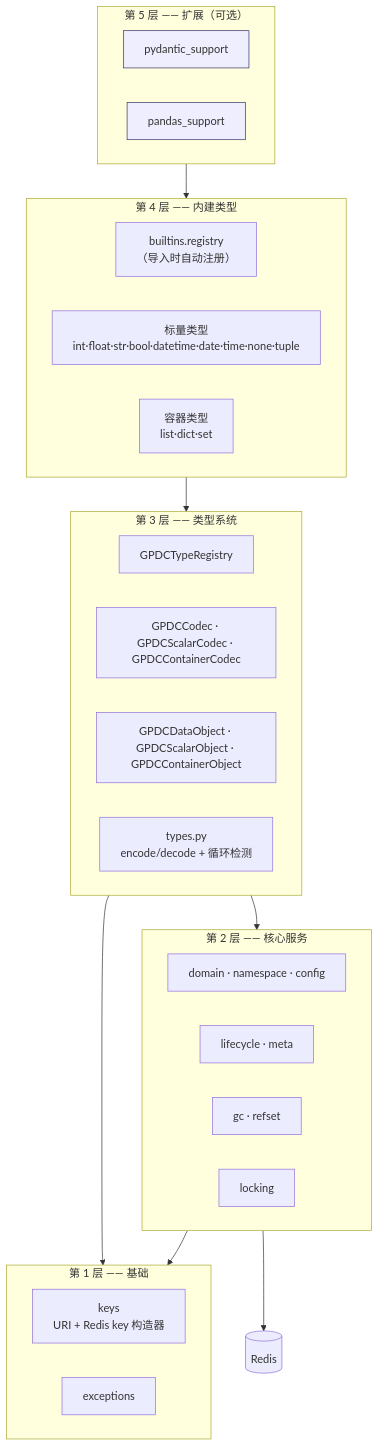
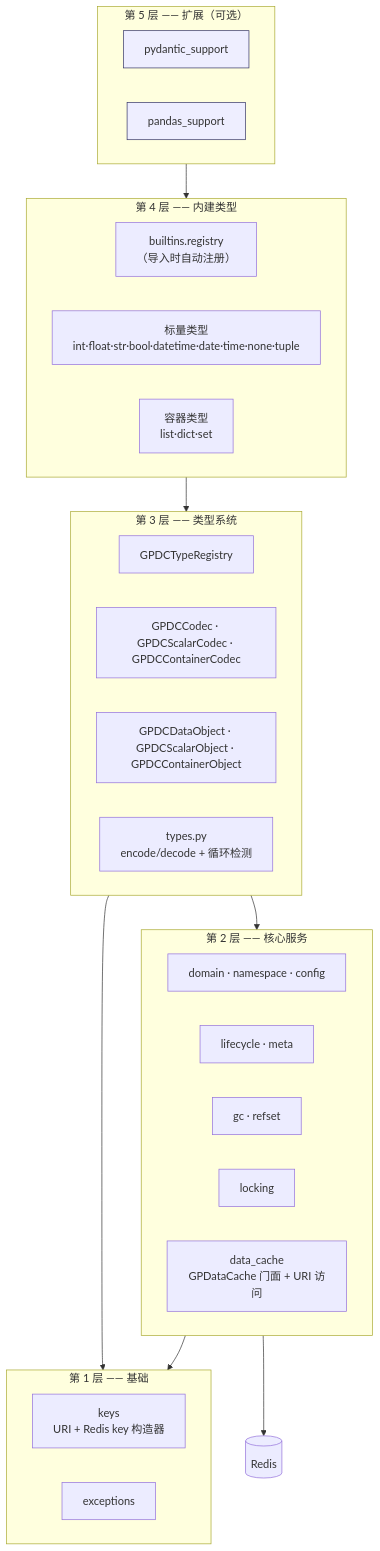
The first of 4 diagrams in docs/zh/overview.md (LinnetCodes/gpdatacached), drawn with Mermaid before and after one commit. The commit also changed other lines of this file and 17 other files, not shown here.

First line of the commit message:
docs: document GPDataCache/URI access; polish data_cache internals

````diff
--- a/docs/zh/overview.md
+++ b/docs/zh/overview.md
@@ -65,38 +66,39 @@
 ```mermaid
 graph TD
     subgraph L5["第 5 层 —— 扩展（可选）"]
         PYD["pydantic_support"]
         PANDAS["pandas_support"]
     end
     subgraph L4["第 4 层 —— 内建类型"]
         BREG["builtins.registry<br/>（导入时自动注册）"]
         SCALARS["标量类型<br/>int·float·str·bool·datetime·date·time·none·tuple"]
         CONTAINERS["容器类型<br/>list·dict·set"]
     end
     subgraph L3["第 3 层 —— 类型系统"]
         REG["GPDCTypeRegistry"]
         CODEC["GPDCCodec · GPDCScalarCodec · GPDCContainerCodec"]
         OBJ["GPDCDataObject · GPDCScalarObject · GPDCContainerObject"]
         TYPES["types.py<br/>encode/decode + 循环检测"]
     end
     subgraph L2["第 2 层 —— 核心服务"]
         DOMAIN["domain · namespace · config"]
         LIFE["lifecycle · meta"]
         GC["gc · refset"]
         LOCK["locking"]
+        DC["data_cache<br/>GPDataCache 门面 + URI 访问"]
     end
  subgraph L1["第 1 层 —— 基础"]
         KEYS["keys<br/>URI + Redis key 构造器"]
         EXC["exceptions"]
     end
     REDIS[("Redis")]
     L5 --> L4
     L4 --> L3
     L3 --> L2
     L3 --> L1
     L2 --> L1
     L2 --> REDIS
     classDef layer fill:#fff,stroke:#333,stroke-width:1px;
     classDef ext fill:#eef,stroke:#336,stroke-width:1px;
     class PYD,PANDAS ext;
 ```
````
